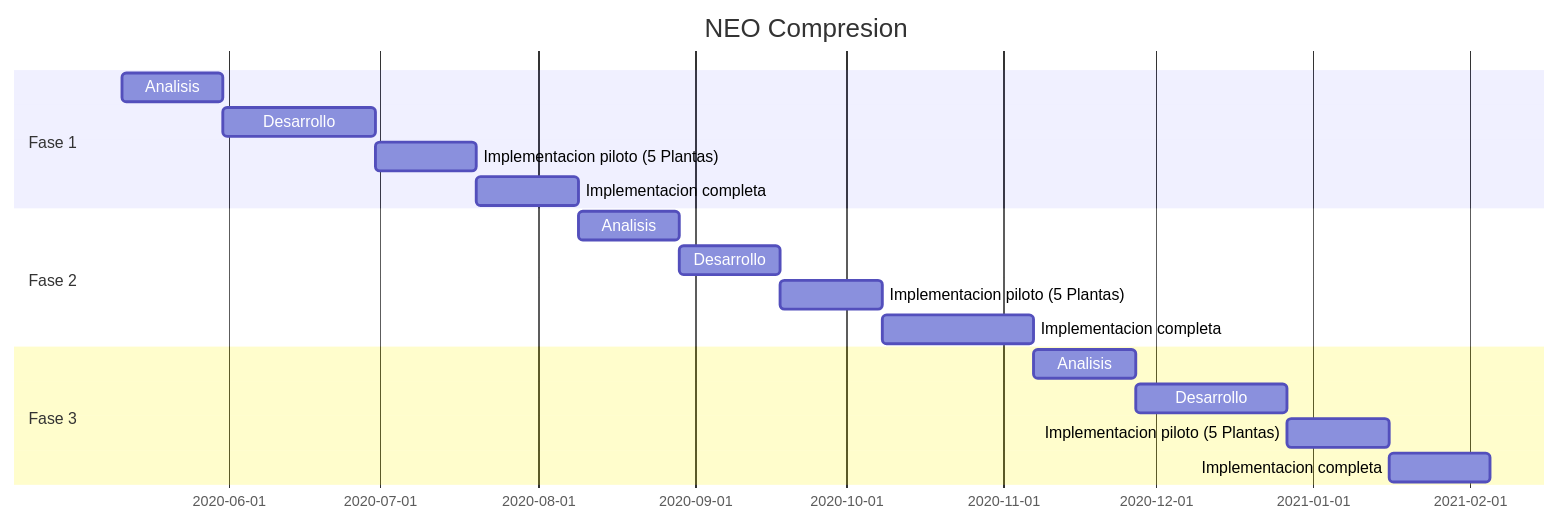
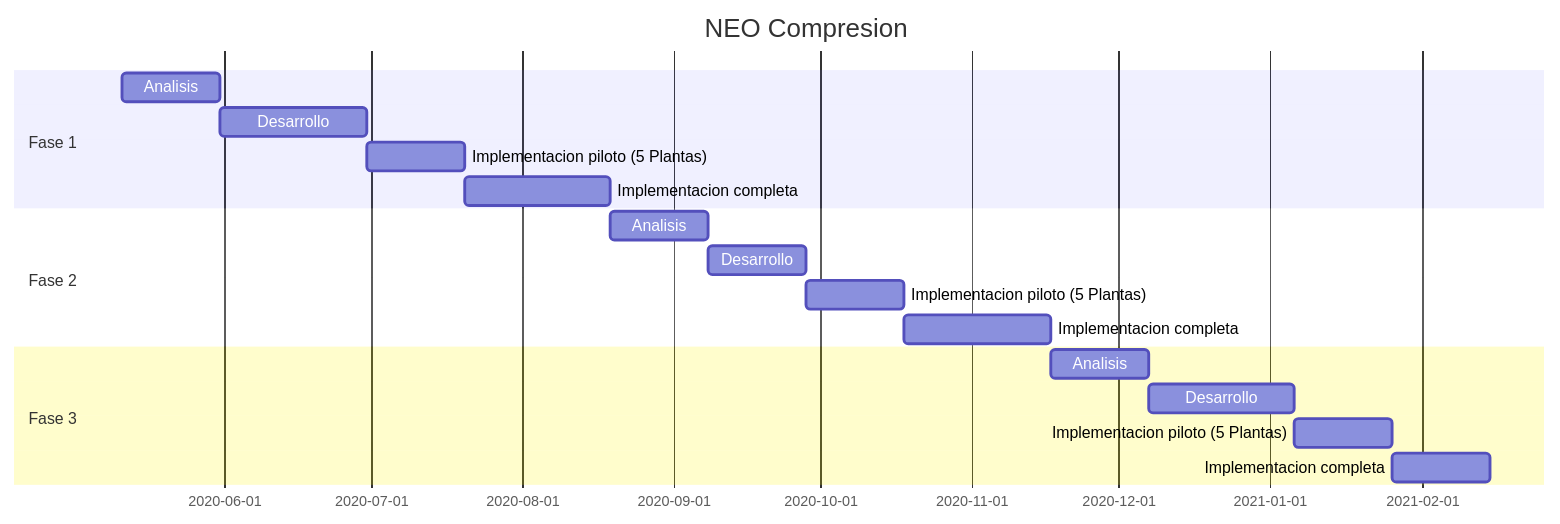
One commit to festavillo/neo-cp changed the diagram in NEO - Compresion.md. Above: the diagram before and after it, drawn with Mermaid. The commit also changed other lines of this file, not shown here.

````diff
--- a/NEO - Compresion.md
+++ b/NEO - Compresion.md
@@ -25,23 +25,23 @@
 ```mermaid
 gantt
     title NEO Compresion
     dateFormat  YYYY-MM-DD
     section Fase 1
     Analisis           :a1, 2020-05-11, 20d
     Desarrollo         :a2, after a1, 30d
     Implementacion piloto (5 Plantas)     :a3, after a2  , 20d
-    Implementacion completa     :a4, after a3  , 20d
+    Implementacion completa     :a4, after a3  , 30d
 
     section Fase 2
     Analisis           :a5, after a4 , 20d
     Desarrollo         :a6, after a5, 20d
     Implementacion piloto (5 Plantas)     :a7, after a6  , 20d
     Implementacion completa     :a8, after a7  , 30d
 
 section Fase 3
     Analisis           :a9, after a8 , 20d
     Desarrollo         :a10, after a9, 30d
     Implementacion piloto (5 Plantas)     :a11, after a10  , 20d
     Implementacion completa     :a12, after a11  , 20d
 
 ```
````
